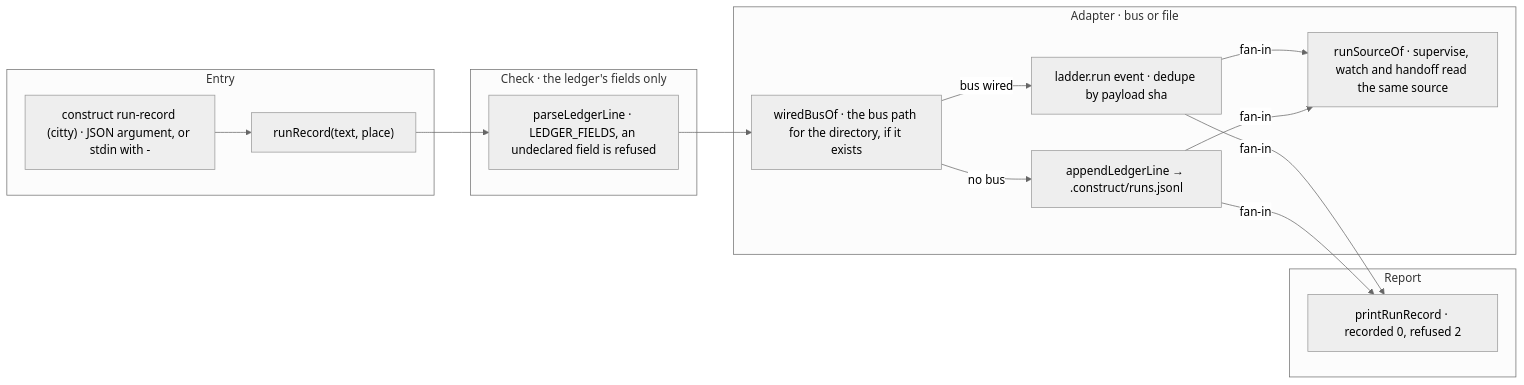
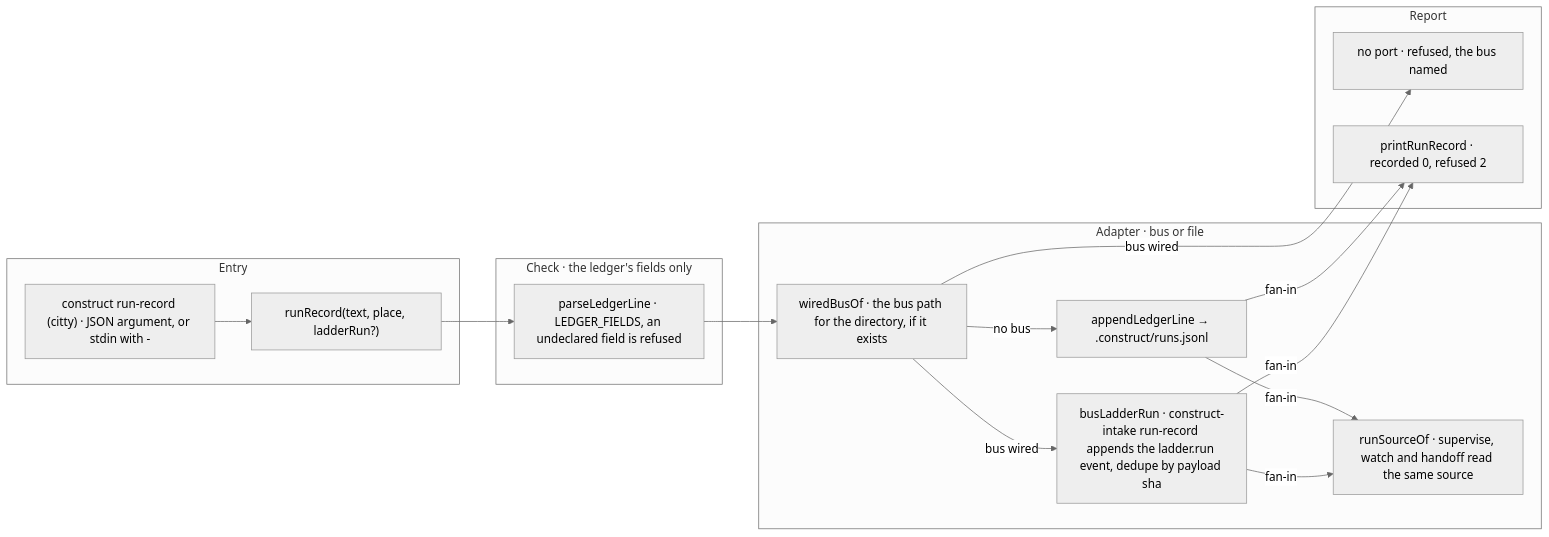
Before and after one commit to E1i/mikoshi-construct: the diagram in architecture/run-record.md, drawn with Mermaid (neutral theme). The commit also changed other lines of this file and 16 other files, not shown here.

````diff
--- a/architecture/run-record.md
+++ b/architecture/run-record.md
@@ -90,28 +90,30 @@
 ```mermaid
 flowchart LR
   subgraph b_entry["Entry"]
     cli["construct run-record (citty) · JSON argument, or stdin with -"]
-    run["runRecord(text, place)"]
+    run["runRecord(text, place, ladderRun?)"]
   end
   subgraph b_check["Check · the ledger's fields only"]
     parse["parseLedgerLine · LEDGER_FIELDS, an undeclared field is refused"]
   end
   subgraph b_adapter["Adapter · bus or file"]
     wired["wiredBusOf · the bus path for the directory, if it exists"]
-    event["ladder.run event · dedupe by payload sha"]
+    event["busLadderRun · construct-intake run-record appends the ladder.run event, dedupe by payload sha"]
     file["appendLedgerLine → .construct/runs.jsonl"]
     readers["runSourceOf · supervise, watch and handoff read the same source"]
   end
   subgraph b_report["Report"]
+    held["no port · refused, the bus named"]
     print["printRunRecord · recorded 0, refused 2"]
   end
   cli --> run
   run --> parse
   parse --> wired
   wired -->|"bus wired"| event
+  wired -->|"bus wired"| held
   wired -->|"no bus"| file
   event -->|"fan-in"| readers
   file -->|"fan-in"| readers
   event -->|"fan-in"| print
   file -->|"fan-in"| print
 ```
````
